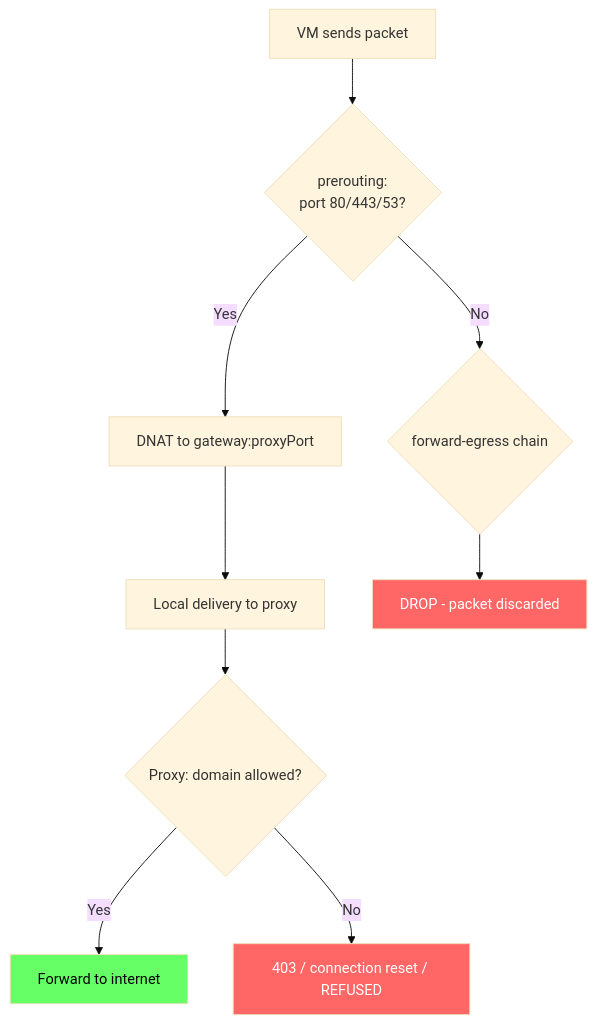
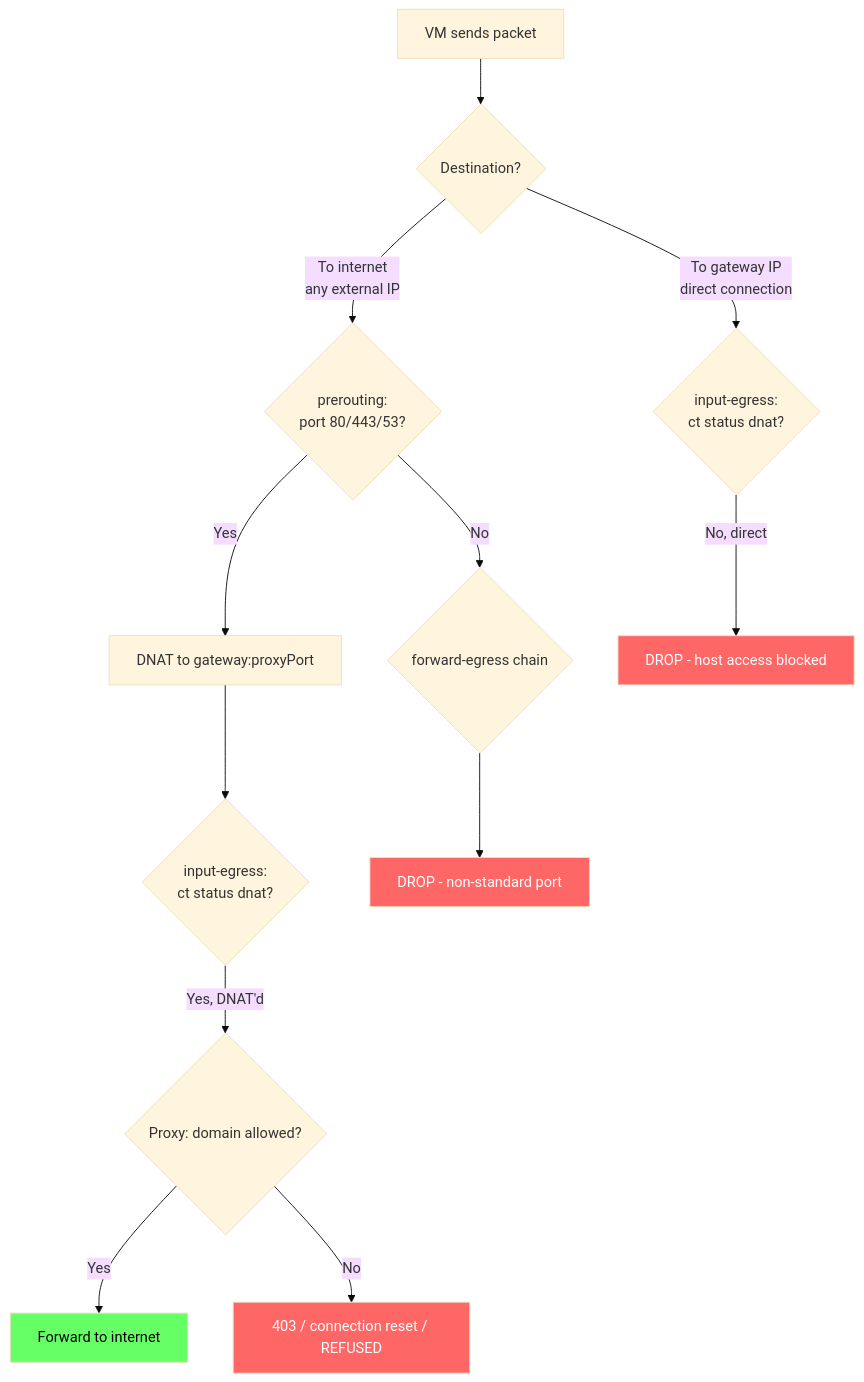
One commit to slok/sbx changed the third of 6 diagrams in docs/networking.md. Above: the diagram before and after it, drawn with Mermaid (base theme). The commit also changed other lines of this file and 2 other files, not shown here.

First line of the commit message:
Add nftables INPUT chain to block VM-to-host traffic (#52)

````diff
--- a/docs/networking.md
+++ b/docs/networking.md
@@ -170,16 +193,22 @@
 ```mermaid
 flowchart TD
-    VM[VM sends packet] --> PRE{prerouting:<br/>port 80/443/53?}
+    VM[VM sends packet] --> DEST{Destination?}
+
+    DEST -->|To internet<br/>any external IP| PRE{prerouting:<br/>port 80/443/53?}
     PRE -->|Yes| DNAT[DNAT to gateway:proxyPort]
-    DNAT --> LOCAL[Local delivery to proxy]
-    LOCAL --> PROXY{Proxy: domain allowed?}
+    DNAT --> INPUT_DNAT{input-egress:<br/>ct status dnat?}
+    INPUT_DNAT -->|Yes, DNAT'd| PROXY{Proxy: domain allowed?}
     PROXY -->|Yes| INET[Forward to internet]
     PROXY -->|No| BLOCK_PROXY[403 / connection reset / REFUSED]
 
     PRE -->|No| FWD{forward-egress chain}
-    FWD --> DROP[DROP - packet discarded]
+    FWD --> DROP_FWD[DROP - non-standard port]
 
-    style DROP fill:#f66,color:#fff
+    DEST -->|To gateway IP<br/>direct connection| INPUT{input-egress:<br/>ct status dnat?}
+    INPUT -->|No, direct| DROP_INPUT[DROP - host access blocked]
+
+    style DROP_FWD fill:#f66,color:#fff
+    style DROP_INPUT fill:#f66,color:#fff
     style BLOCK_PROXY fill:#f66,color:#fff
     style INET fill:#6f6,color:#000
 ```
````
